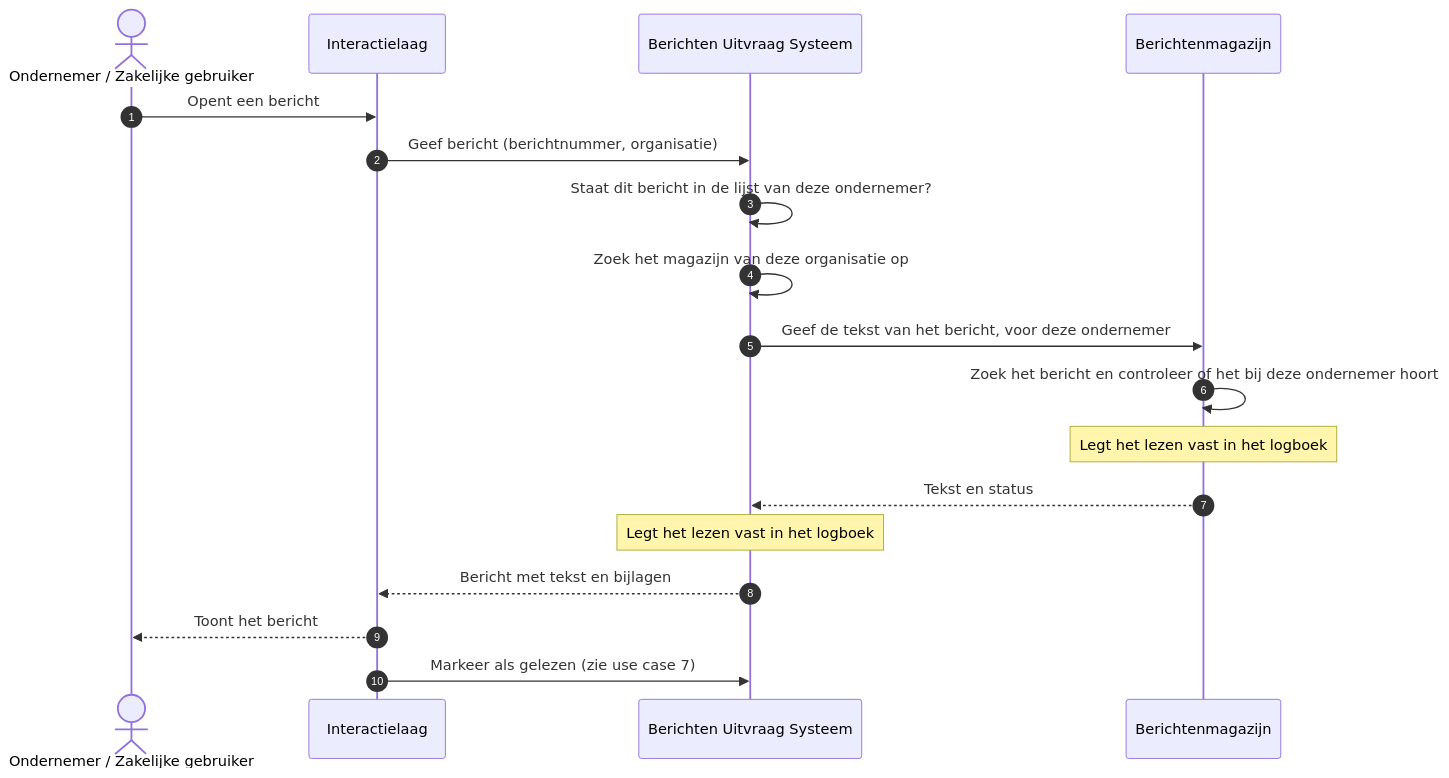
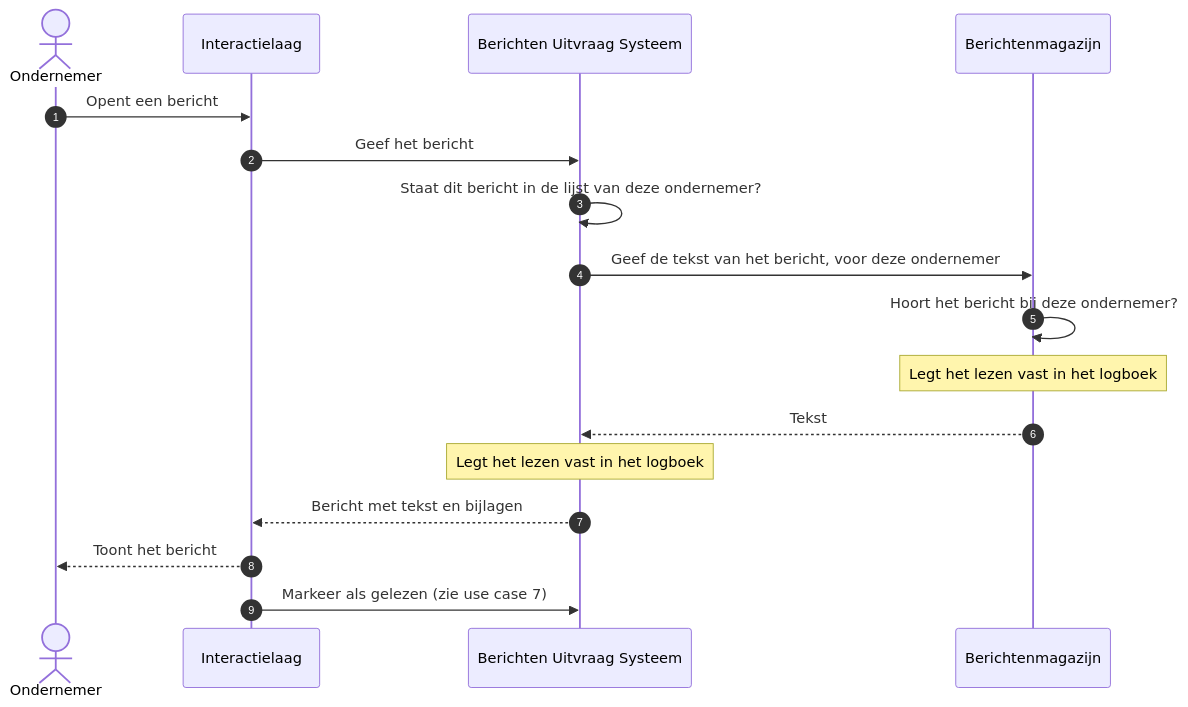
One commit to MinBZK/moza-poc-fbs-berichtenbox changed the diagram in docs/architecture/workspace-docs/09-uc5-bericht-lezen.md. Above: the diagram before and after it, drawn with Mermaid. The commit also changed other lines of this file and 15 other files, not shown here.

First line of the commit message:
docs(architectuur): use cases als eindresultaat, beheersituaties als use case 9-11

````diff
--- a/docs/architecture/workspace-docs/09-uc5-bericht-lezen.md
+++ b/docs/architecture/workspace-docs/09-uc5-bericht-lezen.md
@@ -28,21 +26,20 @@
 ```mermaid
 sequenceDiagram
     autonumber
-    actor OND as Ondernemer / Zakelijke gebruiker
+    actor OND as Ondernemer
     participant IL as Interactielaag
     participant FBS as Berichten Uitvraag Systeem
     participant MAG as Berichtenmagazijn
 
     OND->>IL: Opent een bericht
-    IL->>FBS: Geef bericht (berichtnummer, organisatie)
+    IL->>FBS: Geef het bericht
     FBS->>FBS: Staat dit bericht in de lijst van deze ondernemer?
-    FBS->>FBS: Zoek het magazijn van deze organisatie op
     FBS->>MAG: Geef de tekst van het bericht, voor deze ondernemer
-    MAG->>MAG: Zoek het bericht en controleer of het bij deze ondernemer hoort
+    MAG->>MAG: Hoort het bericht bij deze ondernemer?
     Note over MAG: Legt het lezen vast in het logboek
-    MAG-->>FBS: Tekst en status
+    MAG-->>FBS: Tekst
     Note over FBS: Legt het lezen vast in het logboek
     FBS-->>IL: Bericht met tekst en bijlagen
     IL-->>OND: Toont het bericht
     IL->>FBS: Markeer als gelezen (zie use case 7)
 ```
````
